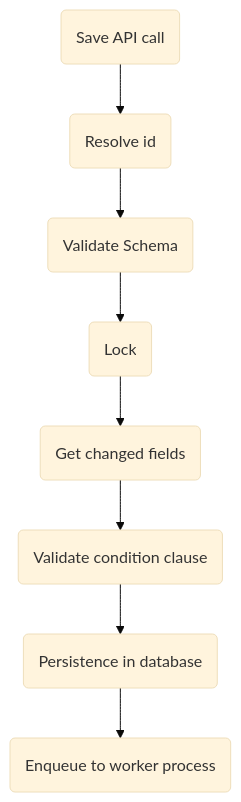
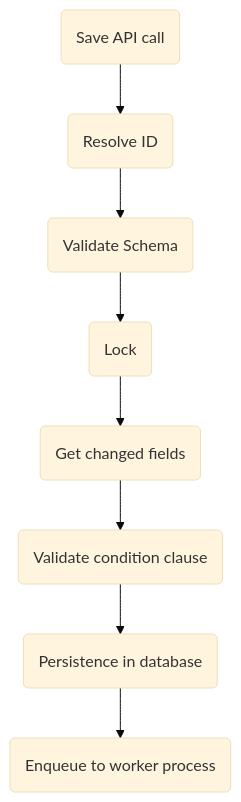
The diagram in docs/guides/Master-Data/guides/master-data-v2-document-saving-flow.md (vtexdocs/dev-portal-content), drawn with Mermaid (base theme) before and after one commit. The commit also changed other lines of this file, not shown here.

````diff
--- a/docs/guides/Master-Data/guides/master-data-v2-document-saving-flow.md
+++ b/docs/guides/Master-Data/guides/master-data-v2-document-saving-flow.md
@@ -12,10 +12,10 @@
 ```mermaid
 flowchart TD
-    A(Save API call) --> B(Resolve id)
+    A(Save API call) --> B(Resolve ID)
     B --> C(Validate Schema)
     C --> D(Lock)
     D --> E(Get changed fields)
     E --> F(Validate condition clause)
     F --> G(Persistence in database)
     G --> H(Enqueue to worker process)
 ```
````
